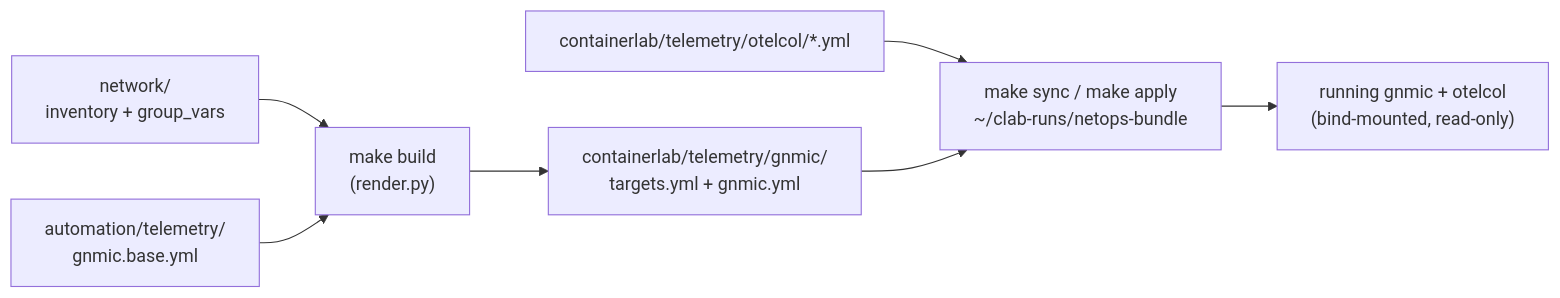
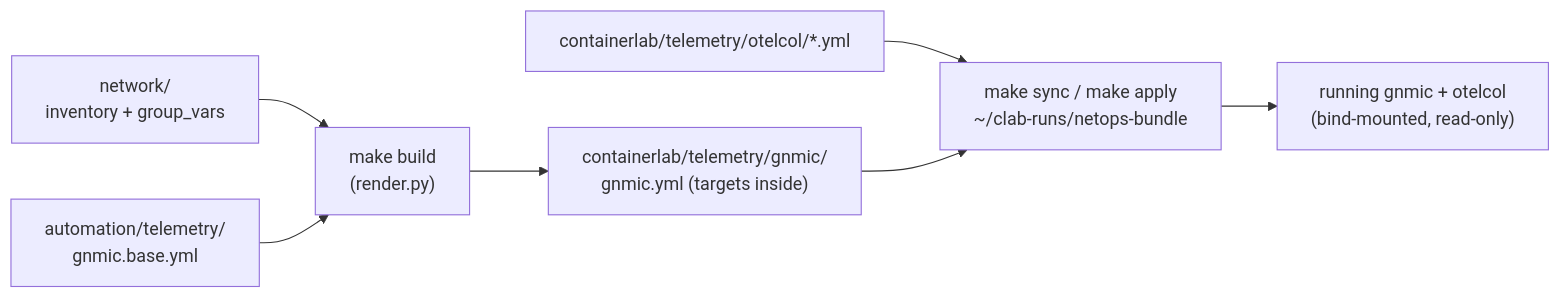
The second of 3 diagrams in docs/telemetry.md (samurato/network-lab), drawn with Mermaid before and after one commit. The commit also changed other lines of this file and 4 other files, not shown here.

First line of the commit message:
gnmic: targets inline, no file loader

````diff
--- a/docs/telemetry.md
+++ b/docs/telemetry.md
@@ -94,9 +93,9 @@
 ```mermaid
 flowchart LR
   NET["network/<br/>inventory + group_vars"] --> R["make build<br/>(render.py)"]
   BASE["automation/telemetry/<br/>gnmic.base.yml"] --> R
-  R --> T["containerlab/telemetry/gnmic/<br/>targets.yml + gnmic.yml"]
+  R --> T["containerlab/telemetry/gnmic/<br/>gnmic.yml (targets inside)"]
   OCF["containerlab/telemetry/otelcol/*.yml"] --> B
   T --> B["make sync / make apply<br/>~/clab-runs/netops-bundle"]
   B --> RUN["running gnmic + otelcol<br/>(bind-mounted, read-only)"]
 ```
````
